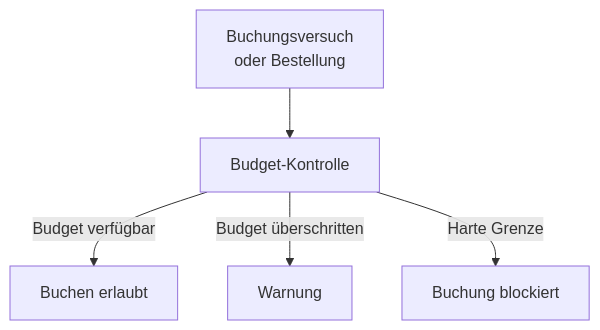
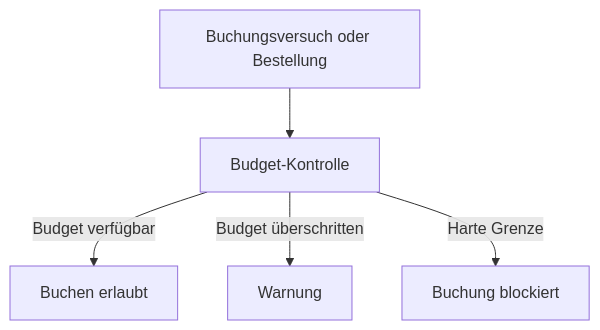
Before and after one commit to SoniiiT/notes-n-docs: the fourth of 6 diagrams in Microsoft 365/Dynamics 365/Dynamics 365 Finance.md, drawn with Mermaid. The commit also changed other lines of this file and 124 other files, not shown here.

First line of the commit message:
fix: Entferne \n aus allen Mermaid-Diagrammen (125 Dateien)

````diff
--- a/Microsoft 365/Dynamics 365/Dynamics 365 Finance.md
+++ b/Microsoft 365/Dynamics 365/Dynamics 365 Finance.md
@@ -170,7 +170,7 @@
 ```mermaid
 graph TD
-    ACT[Buchungsversuch\noder Bestellung] --> BC[Budget-Kontrolle]
+    ACT[Buchungsversuch oder Bestellung] --> BC[Budget-Kontrolle]
     BC -->|Budget verfügbar| OK[Buchen erlaubt]
     BC -->|Budget überschritten| WARN[Warnung]
     BC -->|Harte Grenze| BLOCK[Buchung blockiert]
 ```
````
